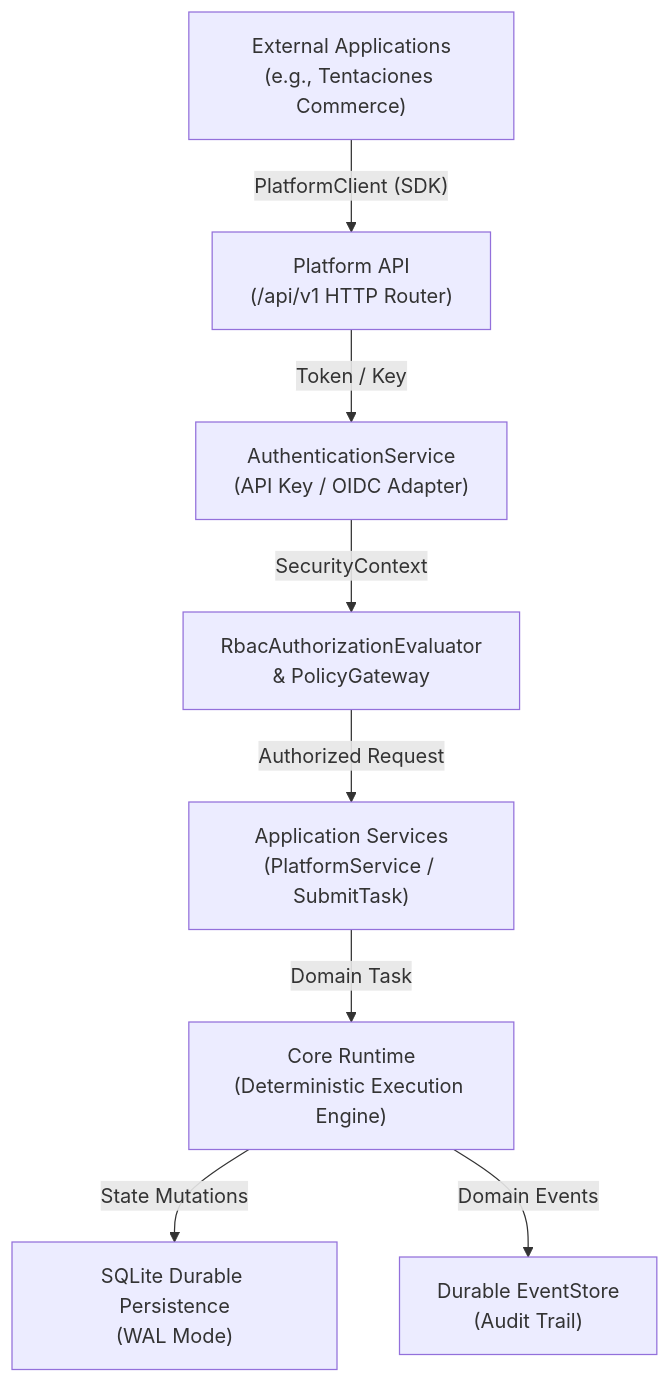
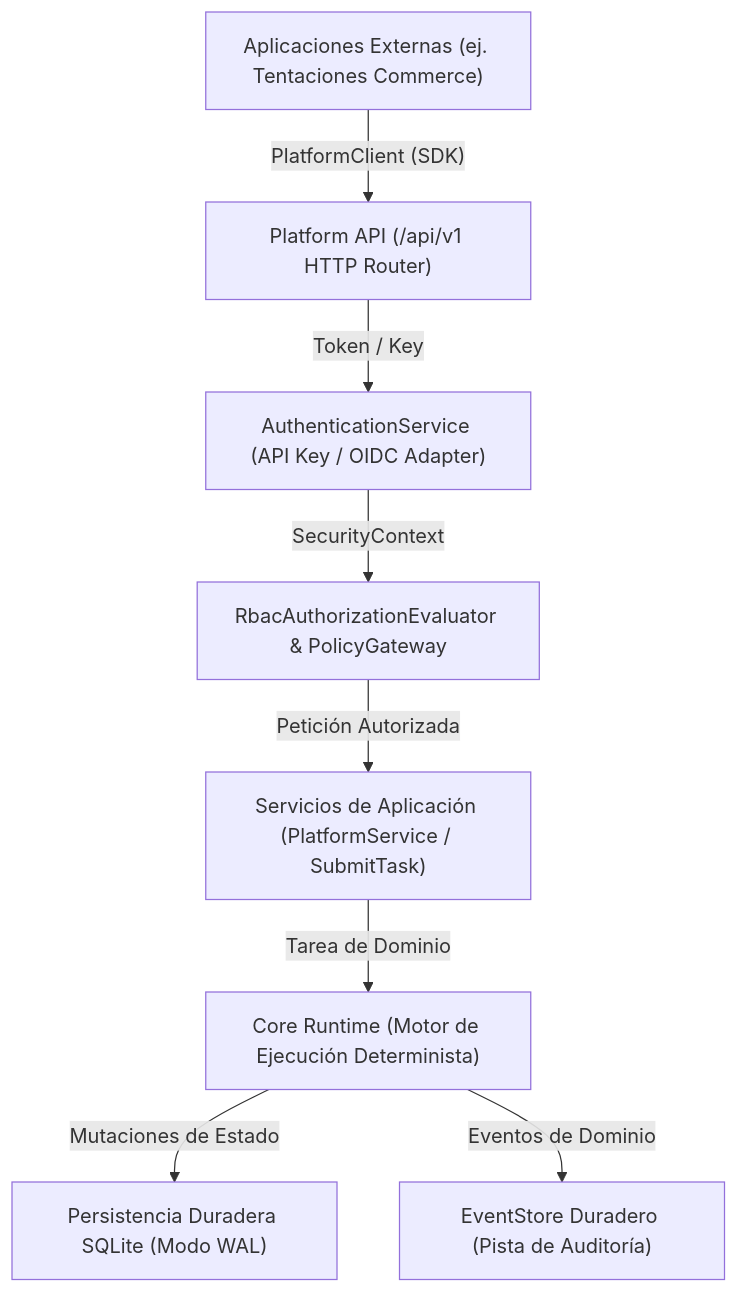
One commit to johangonzahenri/ai-operating-platform changed the first of 2 diagrams in docs/ARCHITECTURE.md. Above: the diagram before and after it, drawn with Mermaid. The commit also changed other lines of this file and 9 other files, not shown here.

Commit message:
docs(i18n): traducir docs raíz y de arquitectura a es-419 con diagramas Mermaid

````diff
--- a/docs/ARCHITECTURE.md
+++ b/docs/ARCHITECTURE.md
@@ -13,10 +13,10 @@
 ```mermaid
 flowchart TD
-    App["External Applications<br/>(e.g., Tentaciones Commerce)"] -->|"PlatformClient (SDK)"| API["Platform API<br/>(/api/v1 HTTP Router)"]
-    API -->|"Token / Key"| AuthN["AuthenticationService<br/>(API Key / OIDC Adapter)"]
-    AuthN -->|"SecurityContext"| AuthZ["RbacAuthorizationEvaluator<br/>& PolicyGateway"]
-    AuthZ -->|"Authorized Request"| Svc["Application Services<br/>(PlatformService / SubmitTask)"]
-    Svc -->|"Domain Task"| Core["Core Runtime<br/>(Deterministic Execution Engine)"]
-    Core -->|"State Mutations"| Persist["SQLite Durable Persistence<br/>(WAL Mode)"]
-    Core -->|"Domain Events"| Events["Durable EventStore<br/>(Audit Trail)"]
+    App["Aplicaciones Externas (ej. Tentaciones Commerce)"] -->|"PlatformClient (SDK)"| API["Platform API (/api/v1 HTTP Router)"]
+    API -->|"Token / Key"| AuthN["AuthenticationService (API Key / OIDC Adapter)"]
+    AuthN -->|"SecurityContext"| AuthZ["RbacAuthorizationEvaluator & PolicyGateway"]
+    AuthZ -->|"Petición Autorizada"| Svc["Servicios de Aplicación (PlatformService / SubmitTask)"]
+    Svc -->|"Tarea de Dominio"| Core["Core Runtime (Motor de Ejecución Determinista)"]
+    Core -->|"Mutaciones de Estado"| Persist["Persistencia Duradera SQLite (Modo WAL)"]
+    Core -->|"Eventos de Dominio"| Events["EventStore Duradero (Pista de Auditoría)"]
 ```
````
